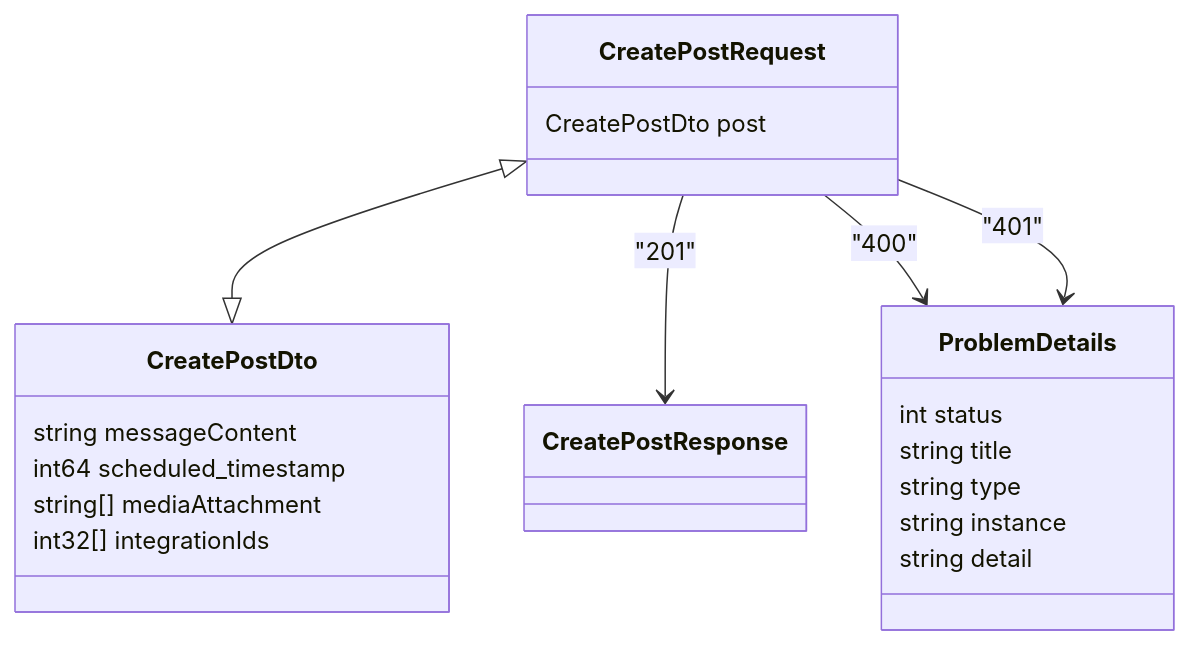
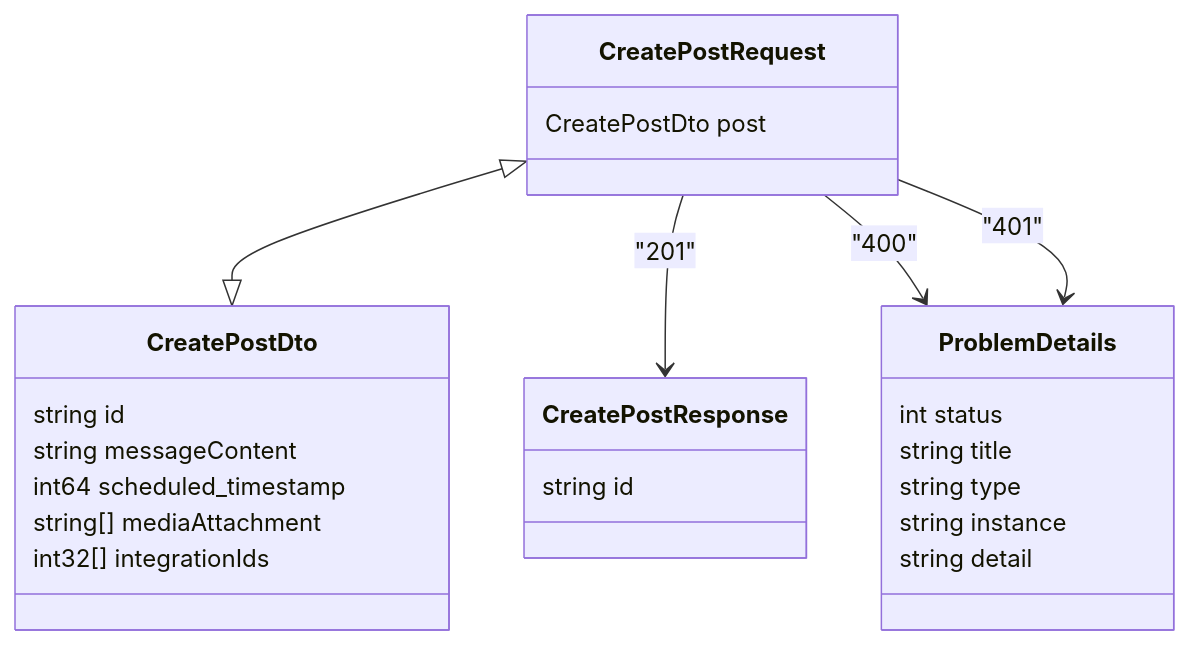
One commit to JKMN-Projects/ripple_sync_backend changed the diagram in documentation/json_contracts/post_contracts/create_post.md. Above: the diagram before and after it, drawn with Mermaid.

Commit message:
Added id to CreatePostDto and CreatePostResponse

````diff
--- a/documentation/json_contracts/post_contracts/create_post.md
+++ b/documentation/json_contracts/post_contracts/create_post.md
@@ -3,29 +3,31 @@
 ``` mermaid
 classDiagram
     class CreatePostRequest {
         CreatePostDto post
     }
 
     class CreatePostResponse {
+        string id
     }
 
     class CreatePostDto {
+        string id 
         string messageContent
         int64 scheduled_timestamp
         string[] mediaAttachment
         int32[] integrationIds
     }
 
     class ProblemDetails {
         int status
         string title
         string type
         string instance
         string detail
     }
 
     CreatePostRequest <|--|> CreatePostDto
     CreatePostRequest --> CreatePostResponse : "201"
     CreatePostRequest --> ProblemDetails : "400"
     CreatePostRequest --> ProblemDetails : "401"
 ```
````
